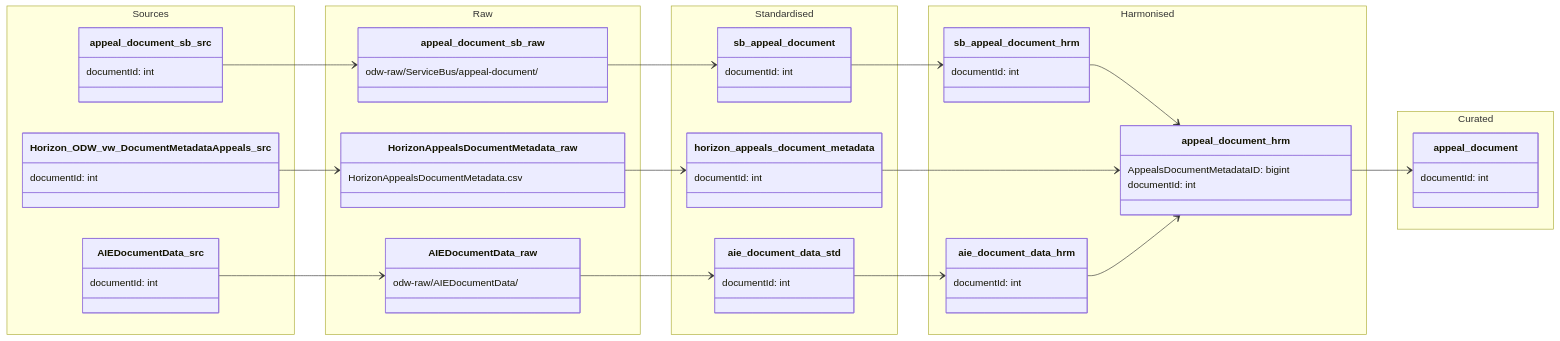
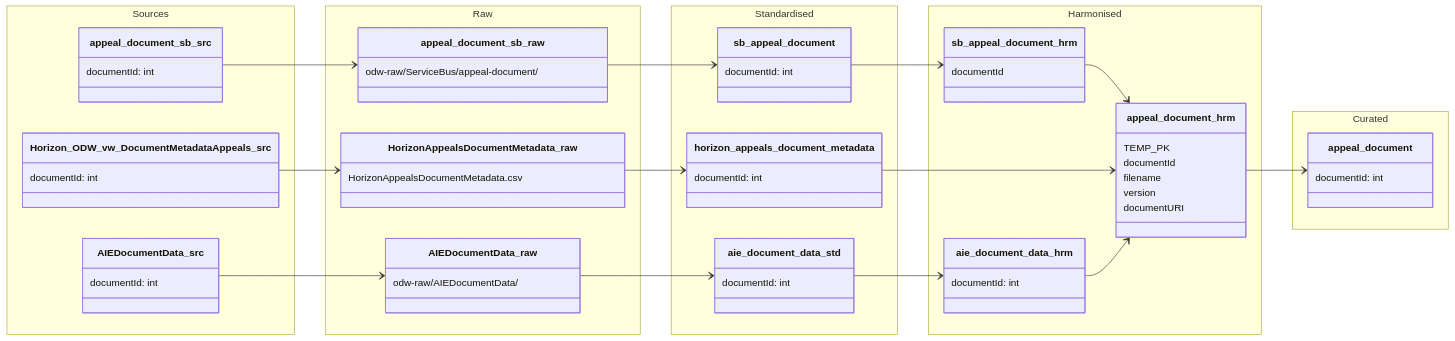
Before and after one commit to Planning-Inspectorate/odw-synapse-workspace: the diagram in data-models/appeal-document.md, drawn with Mermaid.

```diff
--- a/data-models/appeal-document.md
+++ b/data-models/appeal-document.md
@@ -56,7 +56,7 @@
     namespace Harmonised {
 
         class sb_appeal_document_hrm {
-            documentId: int
+            documentId
         }
 
         class aie_document_data_hrm {
@@ -64,8 +64,13 @@
         }
 
         class appeal_document_hrm {
-            AppealsDocumentMetadataID: bigint
-            documentId: int
+
+            TEMP_PK
+            documentId
+            filename
+            version
+            documentURI
+
         }
     }
 
```
